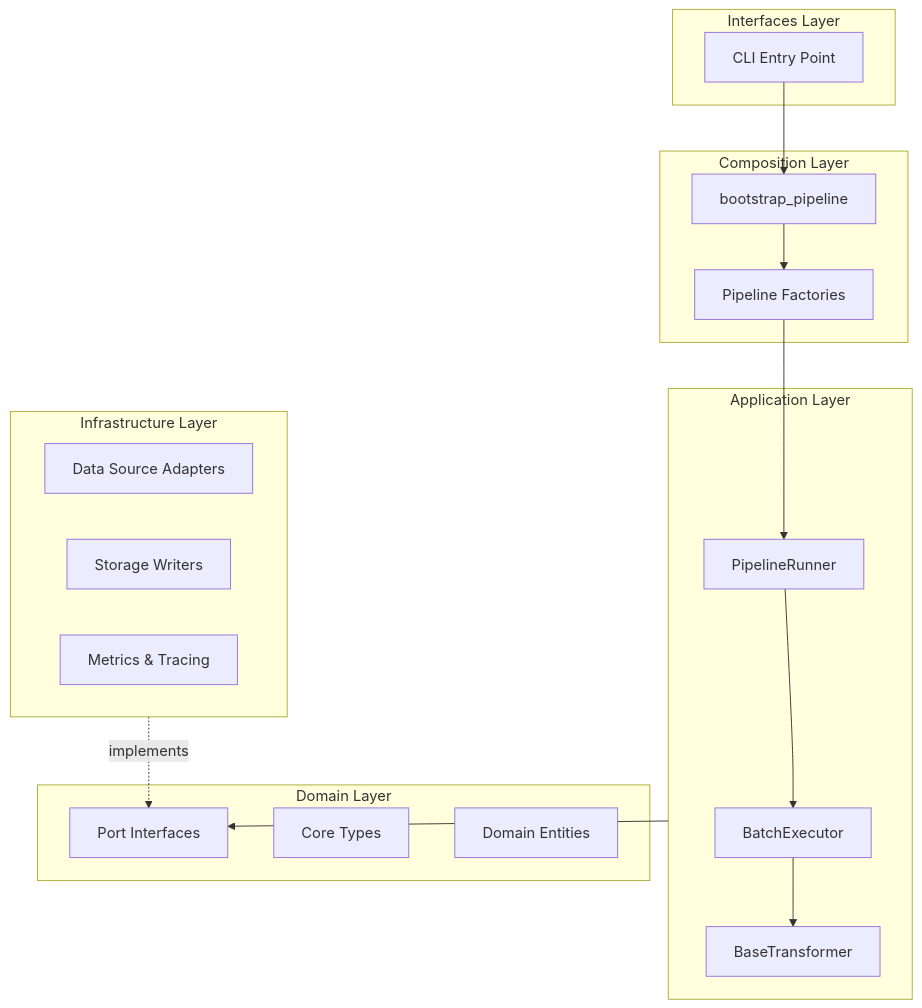
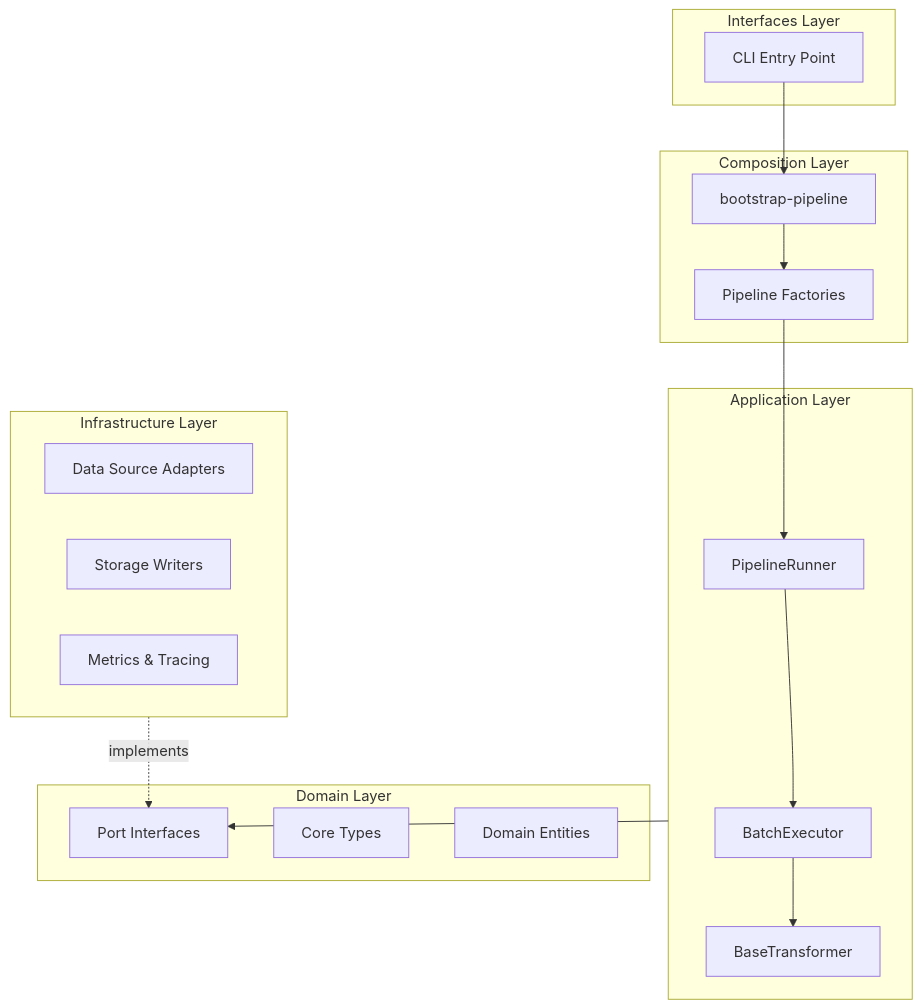
One commit to SatoryKono/BioactivityDataAcquisition changed the diagram in docs/04-reference/api/index.md. Above: the diagram before and after it, drawn with Mermaid. The commit also changed other lines of this file and 311 other files, not shown here.

````diff
--- a/docs/04-reference/api/index.md
+++ b/docs/04-reference/api/index.md
@@ -9,38 +9,38 @@
 ```mermaid
 flowchart TB
     subgraph Interfaces["Interfaces Layer"]
         CLI[CLI Entry Point]
     end
 
     subgraph Composition["Composition Layer"]
-        Bootstrap[bootstrap_pipeline]
+        Bootstrap[bootstrap-pipeline]
         Factories[Pipeline Factories]
     end
 
     subgraph Application["Application Layer"]
         Runner[PipelineRunner]
         Executor[BatchExecutor]
         Transformer[BaseTransformer]
     end
 
     subgraph Domain["Domain Layer"]
         Ports[Port Interfaces]
         Types[Core Types]
         Entities[Domain Entities]
     end
 
     subgraph Infrastructure["Infrastructure Layer"]
         Adapters[Data Source Adapters]
         Storage[Storage Writers]
         Observability[Metrics & Tracing]
     end
 
     CLI --> Bootstrap
     Bootstrap --> Factories
     Factories --> Runner
     Runner --> Executor
     Executor --> Transformer
 
     Application --> Ports
     Infrastructure -.->|implements| Ports
 ```
````
